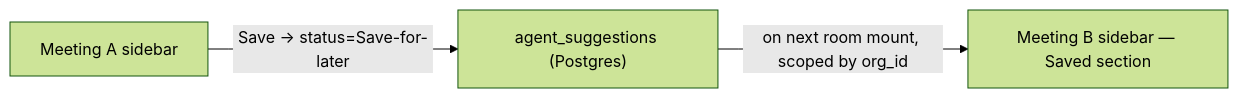
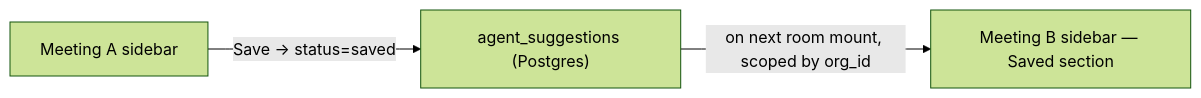
The sixth of 9 diagrams in 20-frontend-architecture.md (Mytheus-AI/mytheus-docs), drawn with Mermaid (forest theme) before and after one commit. The commit also changed other lines of this file and 6 other files, not shown here.

First line of the commit message:
docs(adr): ADR-0034 QuestionAgent suggestions; agent_suggestions confidence, rationale, citations

````diff
--- a/20-frontend-architecture.md
+++ b/20-frontend-architecture.md
@@ -343,5 +343,5 @@
 ```mermaid
 flowchart LR
-  S1["Meeting A sidebar"] -->|"Save → status=Save-for-later"| PG["agent_suggestions (Postgres)"]
+  S1["Meeting A sidebar"] -->|"Save → status=saved"| PG["agent_suggestions (Postgres)"]
   PG -->|"on next room mount, scoped by org_id"| S2["Meeting B sidebar — Saved section"]
 ```
````
